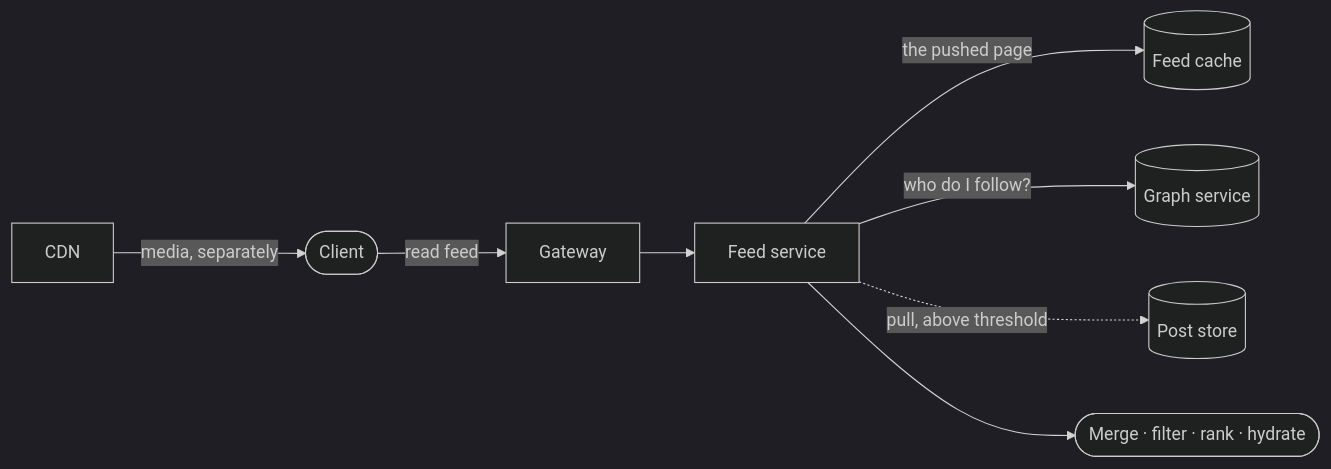
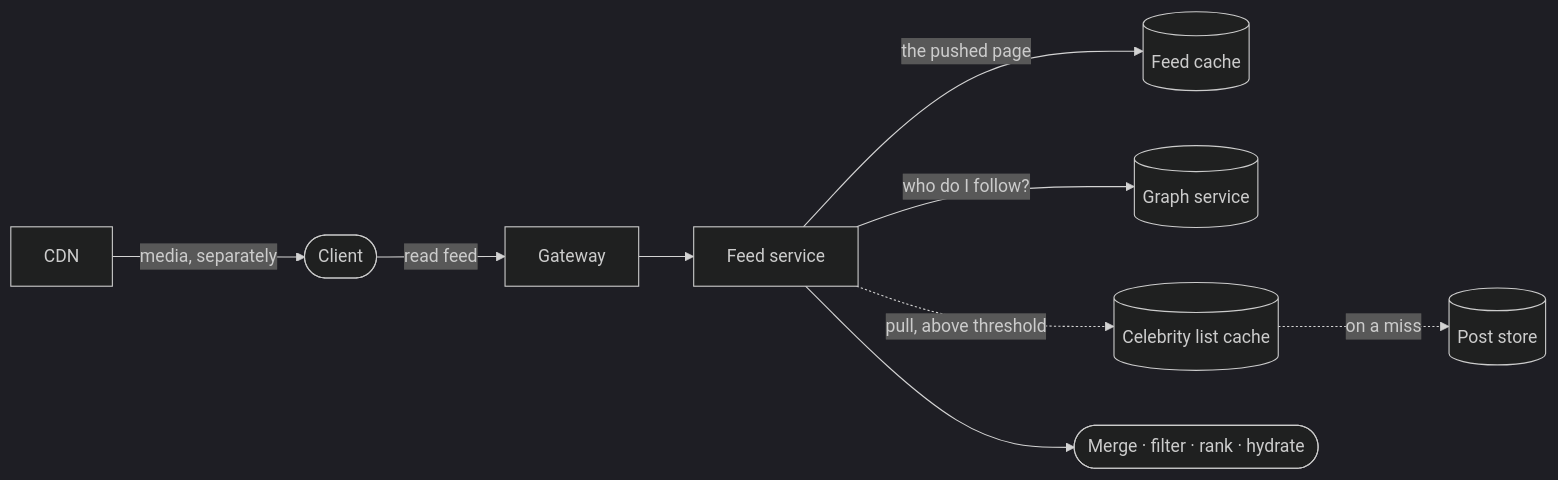
Before and after one commit to Laticent/lattice: diagram 18 of 19 in examples/system-design-foundations.md, drawn with Mermaid (dark theme). The commit also changed other lines of this file and 1 other file, not shown here.

````diff
--- a/examples/system-design-foundations.md
+++ b/examples/system-design-foundations.md
@@ -2175,9 +2318,10 @@
 ```mermaid
 flowchart LR
   C(["Client"]) -->|"read feed"| API["Gateway"] --> FR["Feed service"]
   FR -->|"the pushed page"| FC[("Feed cache")]
   FR -->|"who do I follow?"| GS[("Graph service")]
-  FR -.->|"pull, above threshold"| PDB[("Post store")]
+  FR -.->|"pull, above threshold"| CC[("Celebrity list cache")]
+  CC -.->|"on a miss"| PDB[("Post store")]
   FR --> OUT(["Merge · filter · rank · hydrate"])
   CDN["CDN"] -->|"media, separately"| C
 ```
````
